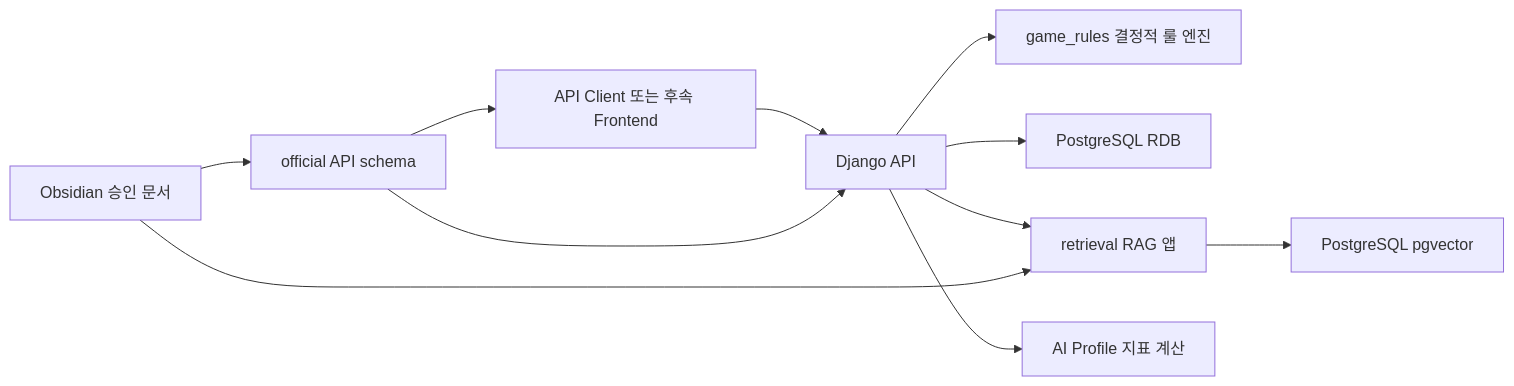
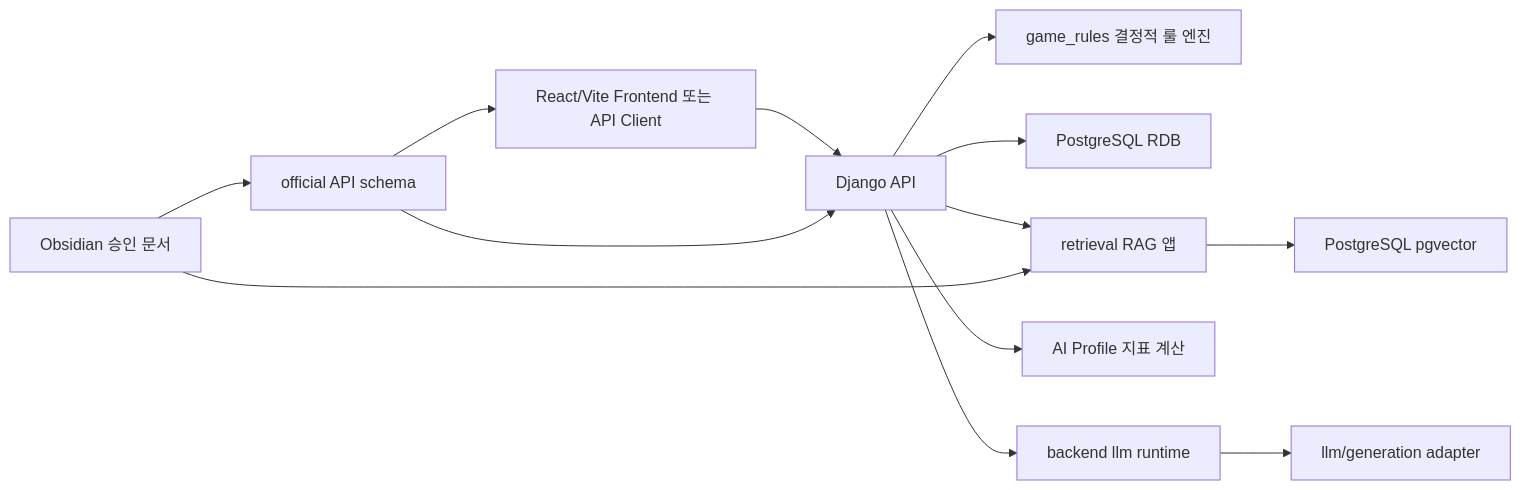
Before and after one commit to SKNETWORKS-FAMILY-AICAMP/SKN27-4th-3team: the first of 5 diagrams in README.md, drawn with Mermaid. The commit also changed other lines of this file and 5 other files, not shown here.

````diff
--- a/README.md
+++ b/README.md
@@ -120,13 +126,15 @@
 ```mermaid
 flowchart LR
-    Client["API Client 또는 후속 Frontend"] --> API["Django API"]
+    Client["React/Vite Frontend 또는 API Client"] --> API["Django API"]
     API --> Rules["game_rules 결정적 룰 엔진"]
     API --> RDB["PostgreSQL RDB"]
     API --> Retrieval["retrieval RAG 앱"]
     Retrieval --> Vector["PostgreSQL pgvector"]
     API --> Profile["AI Profile 지표 계산"]
+    API --> LLMRuntime["backend llm runtime"]
+    LLMRuntime --> LLMAdapter["llm/generation adapter"]
     Docs["Obsidian 승인 문서"] --> Retrieval
     Docs --> APIContract["official API schema"]
     APIContract --> API
     APIContract --> Client
 ```
````
